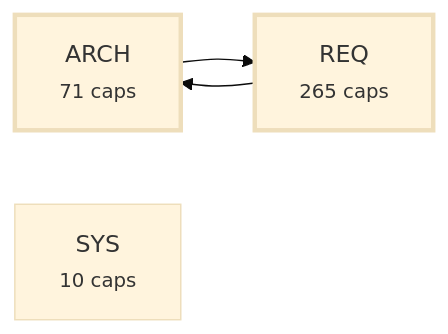
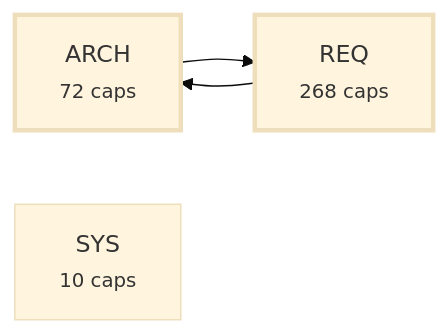
The third of 4 diagrams in plugin/requirements/_map.md (alxmax/Requirement-manager), drawn with Mermaid (base theme) before and after one commit. The commit also changed other lines of this file and 38 other files, not shown here.

````diff
--- a/plugin/requirements/_map.md
+++ b/plugin/requirements/_map.md
@@ -1151,10 +1158,10 @@
 ```mermaid
 graph LR
-  a_ARCH["ARCH<br><small>71 caps</small>"]
-  a_REQ["REQ<br><small>265 caps</small>"]
+  a_ARCH["ARCH<br><small>72 caps</small>"]
+  a_REQ["REQ<br><small>268 caps</small>"]
   a_SYS["SYS<br><small>10 caps</small>"]
   a_ARCH --> a_REQ
   a_REQ --> a_ARCH
   style a_ARCH stroke-width:3px
   style a_REQ stroke-width:3px
 ```
````
